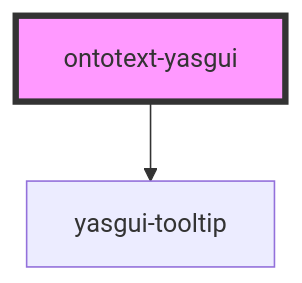
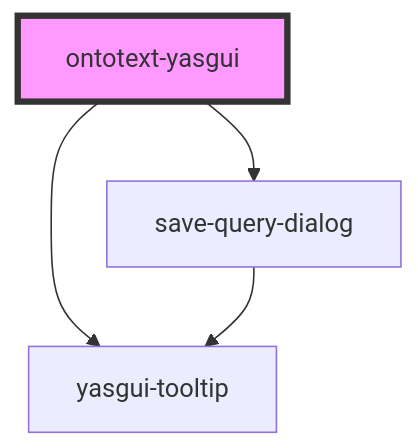
One commit to Ontotext-AD/ontotext-yasgui changed the diagram in ontotext-yasgui-web-component/src/components/ontotext-yasgui-web-component/readme.md. Above: the diagram before and after it, drawn with Mermaid. The commit also changed other lines of this file and 31 other files, not shown here.

First line of the commit message:
GDB-7783 implement save query action

````diff
--- a/ontotext-yasgui-web-component/src/components/ontotext-yasgui-web-component/readme.md
+++ b/ontotext-yasgui-web-component/src/components/ontotext-yasgui-web-component/readme.md
@@ -66,5 +68,7 @@
 ```mermaid
 graph TD;
   ontotext-yasgui --> yasgui-tooltip
+  ontotext-yasgui --> save-query-dialog
+  save-query-dialog --> yasgui-tooltip
   style ontotext-yasgui fill:#f9f,stroke:#333,stroke-width:4px
 ```
````
